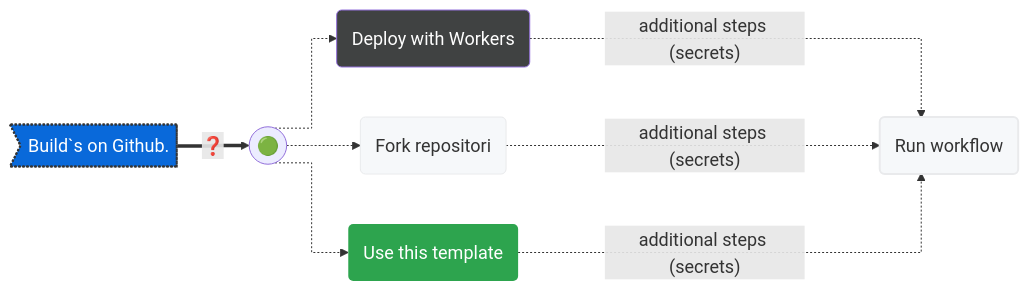
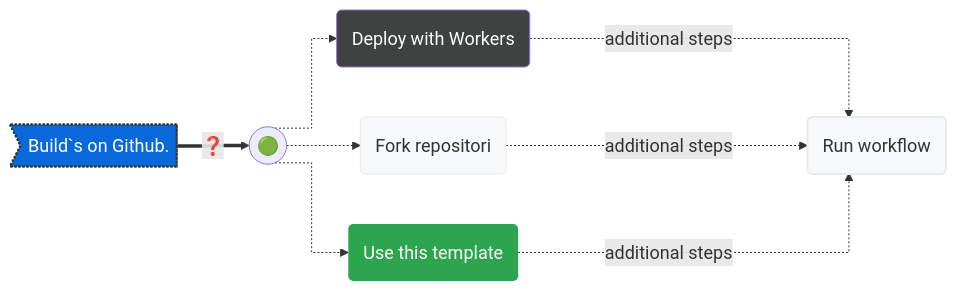
The diagram in README.md (milankomaj/dev-badge), drawn with Mermaid before and after one commit.

````diff
--- a/README.md
+++ b/README.md
@@ -12,24 +12,24 @@
 ```mermaid
 %%{init: {'theme': 'default', 'themeVariables': { 'fontSize': '18px'}}}%%
 %%{ init: { 'flowchart': { 'curve': 'stepAfter' } } }%%
 flowchart LR
 
 A>Build`s on Github.] ==>|"#10067;"| B
 B(("🟢")) .->C("Deploy with Workers")
 B(("🟢")) .->D("Fork repositori")
 B(("🟢")) .->E("Use this template")
-C & D & E -...->|"additional steps (secrets)"| F("Run workflow") 
+C & D & E -...->|"additional steps"| F("Run workflow") 
 
 style F fill:#f6f8fa,stroke:#333,stroke-width:2px
 style C fill:#404242,color:#fefefe
 style D fill:#f6f8fa,stroke:#e9eaec
 style E fill:#2da44e,stroke-width:0px,color:#ffffff
 style F fill:#f6f8fa,stroke:#e9eaec
 style A fill:#0969da,stroke:#333,stroke-width:2px,color:#fff,stroke-dasharray: 2 2
 
 click A "https://github.com/milankomaj/dev-badge"
 click D "https://github.com/milankomaj/dev-badge/fork"
 click E "https://github.com/milankomaj/dev-badge/generate"
 
 
 ```
````
